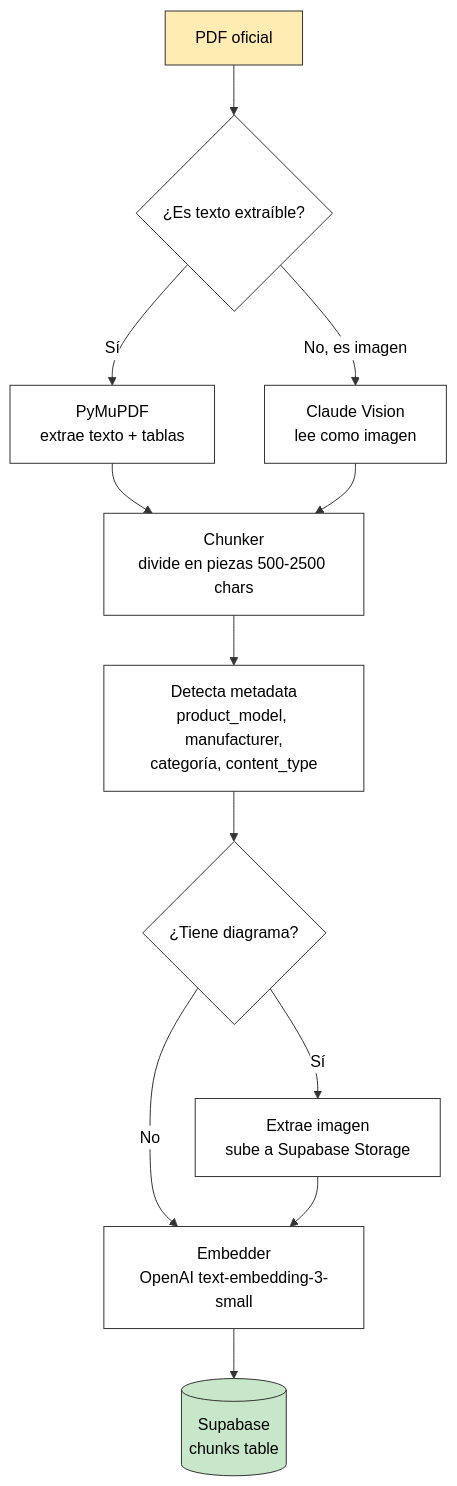
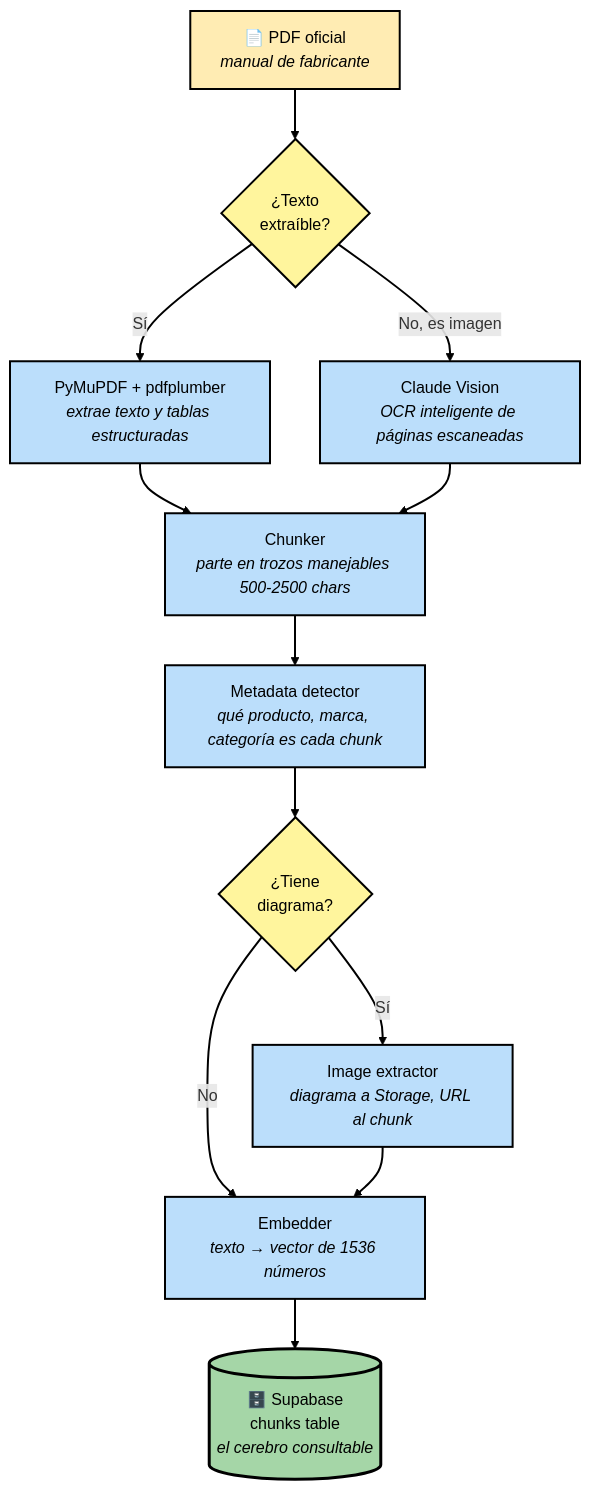
One commit to albertofontiber/technical_bot changed the fourth of 8 diagrams in docs/ARCHITECTURE.md. Above: the diagram before and after it, drawn with Mermaid. The commit also changed other lines of this file and 1 other file, not shown here.

````diff
--- a/docs/ARCHITECTURE.md
+++ b/docs/ARCHITECTURE.md
@@ -189,18 +194,27 @@
 ```mermaid
-%%{init: {'theme':'base', 'themeVariables': {'primaryColor':'#ffffff','primaryTextColor':'#000000','primaryBorderColor':'#333333','lineColor':'#333333'}}}%%
 flowchart TB
-    A[PDF oficial] --> B{¿Es texto extraíble?}
-    B -->|Sí| C[PyMuPDF<br>extrae texto + tablas]
-    B -->|No, es imagen| D[Claude Vision<br>lee como imagen]
-    C --> E[Chunker<br>divide en piezas 500-2500 chars]
+    A[📄 PDF oficial<br><i>manual de fabricante</i>] --> B{¿Texto<br>extraíble?}
+    B -->|Sí| C[PyMuPDF + pdfplumber<br><i>extrae texto y tablas estructuradas</i>]
+    B -->|No, es imagen| D[Claude Vision<br><i>OCR inteligente de páginas escaneadas</i>]
+    C --> E[Chunker<br><i>parte en trozos manejables 500-2500 chars</i>]
     D --> E
-    E --> F[Detecta metadata<br>product_model, manufacturer,<br>categoría, content_type]
-    F --> G{¿Tiene diagrama?}
-    G -->|Sí| H[Extrae imagen<br>sube a Supabase Storage]
-    G -->|No| I
-    H --> I[Embedder<br>OpenAI text-embedding-3-small]
-    I --> J[(Supabase<br>chunks table)]
+    E --> F[Metadata detector<br><i>qué producto, marca, categoría es cada chunk</i>]
+    F --> G{¿Tiene<br>diagrama?}
+    G -->|Sí| H[Image extractor<br><i>diagrama a Storage, URL al chunk</i>]
+    G -->|No| I[Embedder<br><i>texto → vector de 1536 números</i>]
+    H --> I
+    I --> J[(🗄️ Supabase<br>chunks table<br><i>el cerebro consultable</i>)]
     
-    style A fill:#ffecb3,color:#000000
-    style J fill:#c8e6c9,color:#000000
+    style A fill:#ffecb3,stroke:#000000,color:#000000,stroke-width:2px
+    style B fill:#fff59d,stroke:#000000,color:#000000,stroke-width:2px
+    style C fill:#bbdefb,stroke:#000000,color:#000000,stroke-width:2px
+    style D fill:#bbdefb,stroke:#000000,color:#000000,stroke-width:2px
+    style E fill:#bbdefb,stroke:#000000,color:#000000,stroke-width:2px
+    style F fill:#bbdefb,stroke:#000000,color:#000000,stroke-width:2px
+    style G fill:#fff59d,stroke:#000000,color:#000000,stroke-width:2px
+    style H fill:#bbdefb,stroke:#000000,color:#000000,stroke-width:2px
+    style I fill:#bbdefb,stroke:#000000,color:#000000,stroke-width:2px
+    style J fill:#a5d6a7,stroke:#000000,color:#000000,stroke-width:3px
+
+    linkStyle default stroke:#000000,stroke-width:2px
 ```
````
